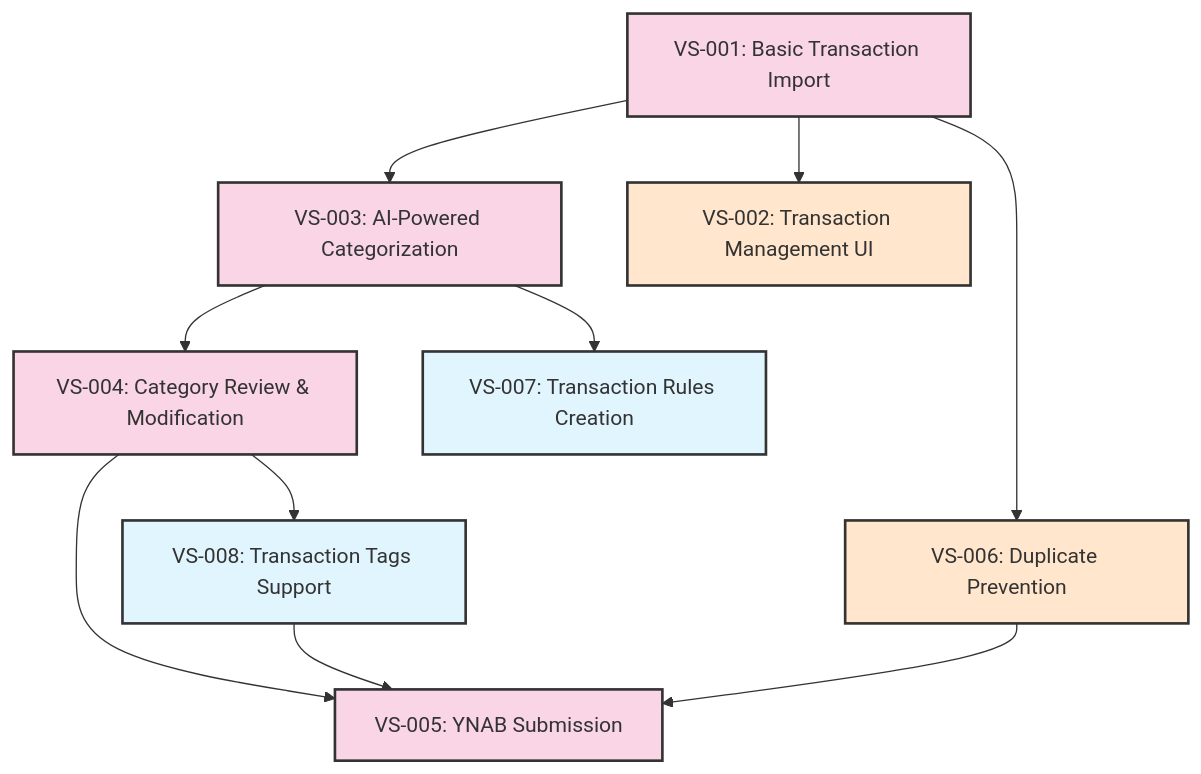
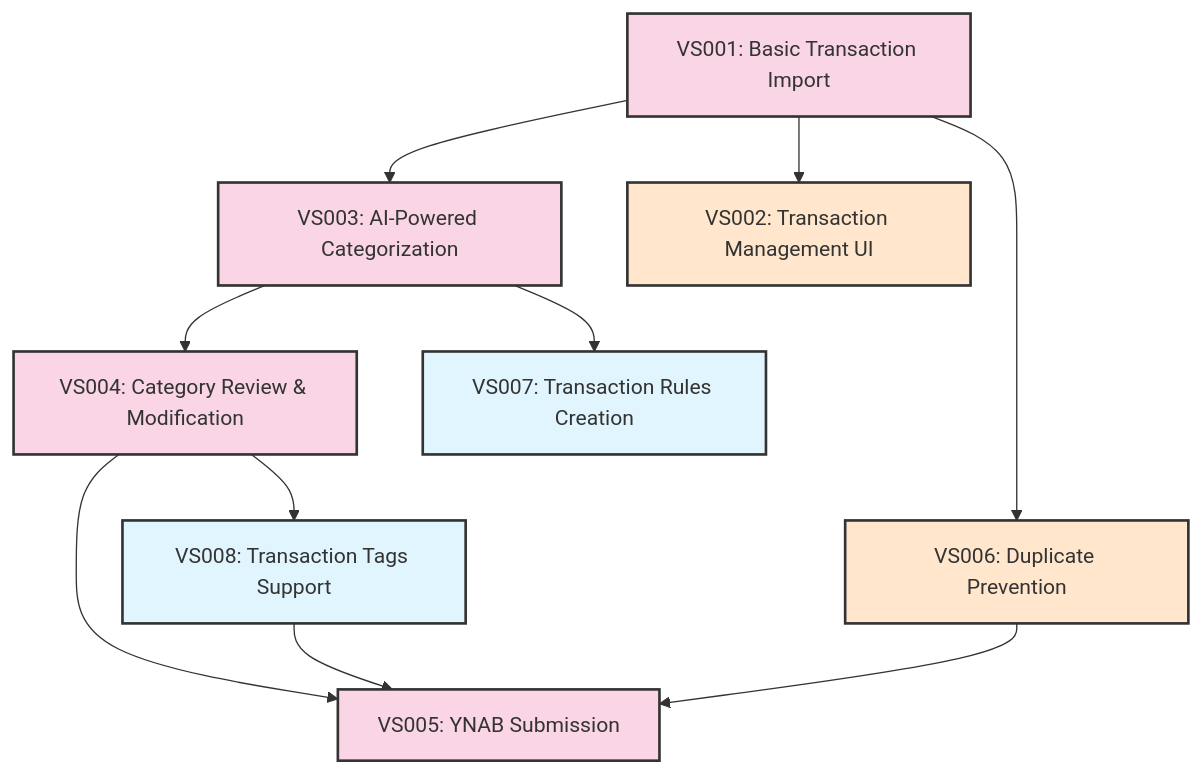
One commit to iterative-works/incubator changed the diagram in features/BUDGET-001/vertical_slice_plan.md. Above: the diagram before and after it, drawn with Mermaid. The commit also changed other lines of this file and 12 other files, not shown here.

Commit message:
Add Fio Bank transaction import UI mockup

````diff
--- a/features/BUDGET-001/vertical_slice_plan.md
+++ b/features/BUDGET-001/vertical_slice_plan.md
@@ -300,21 +300,21 @@
 ```mermaid
 graph TD
-    VS001[VS-001: Basic Transaction Import] --> VS003[VS-003: AI-Powered Categorization]
-    VS001 --> VS002[VS-002: Transaction Management UI]
-    VS003 --> VS004[VS-004: Category Review & Modification]
-    VS004 --> VS005[VS-005: YNAB Submission]
-    VS001 --> VS006[VS-006: Duplicate Prevention]
+    VS001[VS001: Basic Transaction Import] --> VS003[VS003: AI-Powered Categorization]
+    VS001 --> VS002[VS002: Transaction Management UI]
+    VS003 --> VS004[VS004: Category Review & Modification]
+    VS004 --> VS005[VS005: YNAB Submission]
+    VS001 --> VS006[VS006: Duplicate Prevention]
     VS006 --> VS005
-    VS003 --> VS007[VS-007: Transaction Rules Creation]
-    VS004 --> VS008[VS-008: Transaction Tags Support]
+    VS003 --> VS007[VS007: Transaction Rules Creation]
+    VS004 --> VS008[VS008: Transaction Tags Support]
     VS008 --> VS005
 
     style VS001 fill:#f9d5e5,stroke:#333,stroke-width:2px
     style VS003 fill:#f9d5e5,stroke:#333,stroke-width:2px
     style VS004 fill:#f9d5e5,stroke:#333,stroke-width:2px
     style VS005 fill:#f9d5e5,stroke:#333,stroke-width:2px
     style VS002 fill:#ffe6cc,stroke:#333,stroke-width:2px
     style VS006 fill:#ffe6cc,stroke:#333,stroke-width:2px
     style VS007 fill:#e1f5fe,stroke:#333,stroke-width:2px
     style VS008 fill:#e1f5fe,stroke:#333,stroke-width:2px
 ```
````
